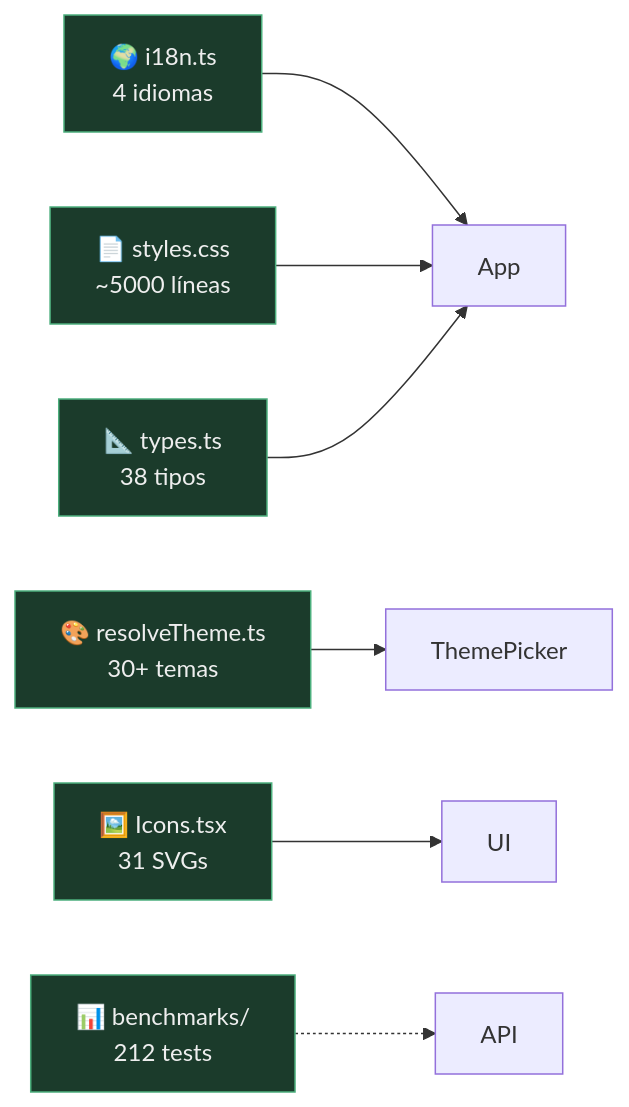
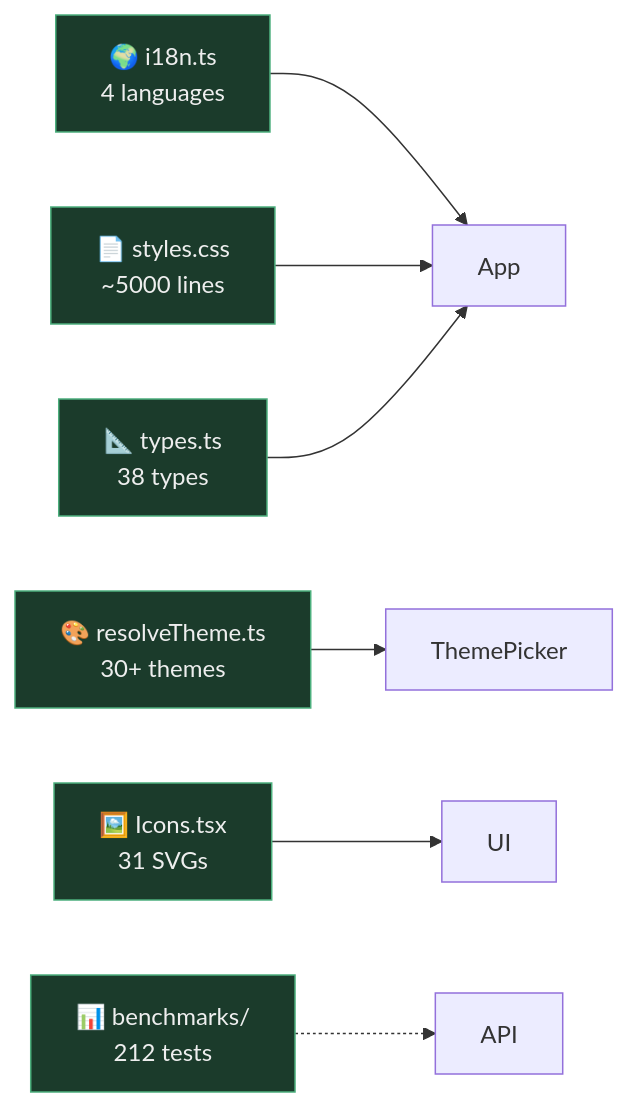
The fourth of 4 diagrams in README.md (Owning01/Openher), drawn with Mermaid before and after one commit. The commit also changed other lines of this file and 63 other files, not shown here.

````diff
--- a/README.md
+++ b/README.md
@@ -145,17 +147,17 @@
 ```mermaid
 flowchart LR
     classDef cross fill:#1b3b2b,stroke:#4caf7d,color:#eee
-    I18N["🌍 i18n.ts<br/>4 idiomas"]
-    Theme["🎨 resolveTheme.ts<br/>30+ temas"]
-    Styles["📄 styles.css<br/>~5000 líneas"]
-    Types["📐 types.ts<br/>38 tipos"]
+    I18N["🌍 i18n.ts<br/>4 languages"]
+    Theme["🎨 resolveTheme.ts<br/>30+ themes"]
+    Styles["📄 styles.css<br/>~5000 lines"]
+    Types["📐 types.ts<br/>38 types"]
     Icons["🖼️ Icons.tsx<br/>31 SVGs"]
     Bench["📊 benchmarks/<br/>212 tests"]
     I18N --> App
     Theme --> ThemePicker
     Styles --> App
     Types --> App
     Icons --> UI
     Bench -.-> API
     class I18N,Theme,Styles,Types,Icons,Bench cross
 ```
````
